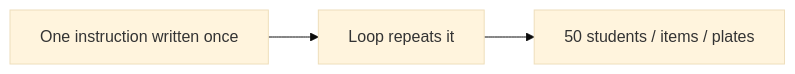
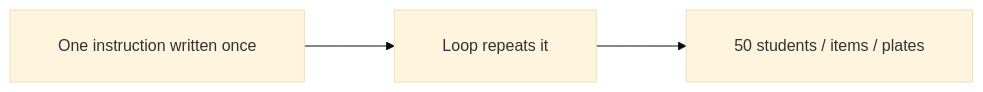
The first of 8 diagrams in SAL-2026/Python Basics - English/S03/NotesPresentation.md (ABVenu/salcurriculum), drawn with Mermaid (base theme) before and after one commit. The commit also changed other lines of this file and 820 other files, not shown here.

````diff
--- a/SAL-2026/Python Basics - English/S03/NotesPresentation.md
+++ b/SAL-2026/Python Basics - English/S03/NotesPresentation.md
@@ -23,5 +205,6 @@
 ```mermaid
+%%{init: {"flowchart": {"htmlLabels": false, "curve": "basis", "padding": 24, "nodeSpacing": 80, "rankSpacing": 90, "diagramPadding": 48}}}%%
 flowchart LR
-    A[One instruction written once] --> B[Loop repeats it]
-    B --> C[50 students / items / plates]
+    A["  One instruction written once  "] --> B["  Loop repeats it  "]
+    B --> C["  50 students / items / plates  "]
 ```
````
